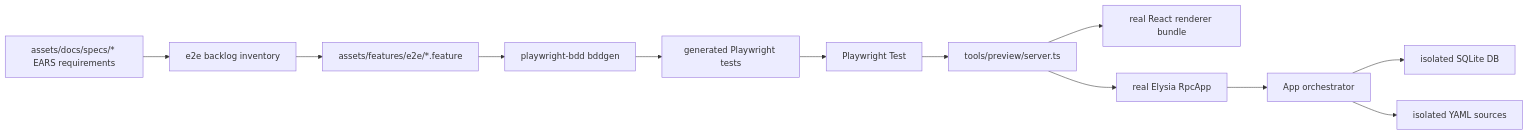
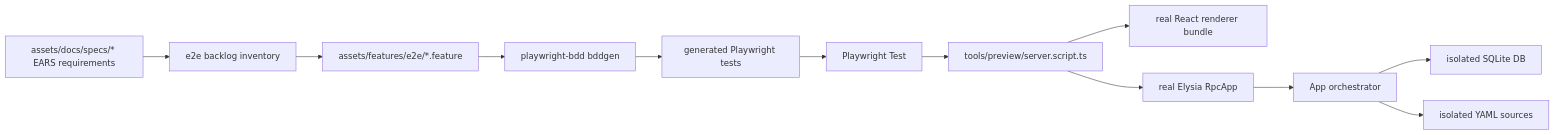
Before and after one commit to roalcantara/kodexb: the diagram in assets/docs/specs/018-e2e/design.md, drawn with Mermaid. The commit also changed other lines of this file and 111 other files, not shown here.

````diff
--- a/assets/docs/specs/018-e2e/design.md
+++ b/assets/docs/specs/018-e2e/design.md
@@ -115,14 +115,14 @@
 ```mermaid
 flowchart LR
   specs["assets/docs/specs/* EARS requirements"] --> backlog["e2e backlog inventory"]
   backlog --> features["assets/features/e2e/*.feature"]
   features --> bddgen["playwright-bdd bddgen"]
   bddgen --> generated["generated Playwright tests"]
   generated --> runner["Playwright Test"]
-  runner --> preview["tools/preview/server.ts"]
+  runner --> preview["tools/preview/server.script.ts"]
   preview --> renderer["real React renderer bundle"]
   preview --> rpc["real Elysia RpcApp"]
   rpc --> app["App orchestrator"]
   app --> db["isolated SQLite DB"]
   app --> sources["isolated YAML sources"]
 ```
````
